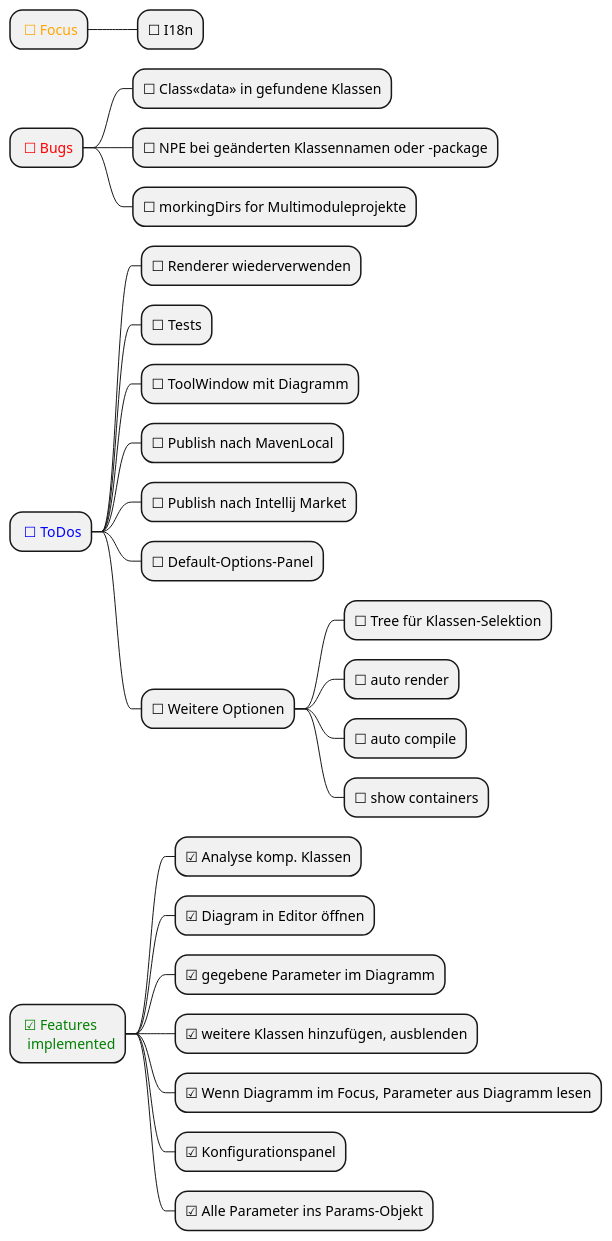
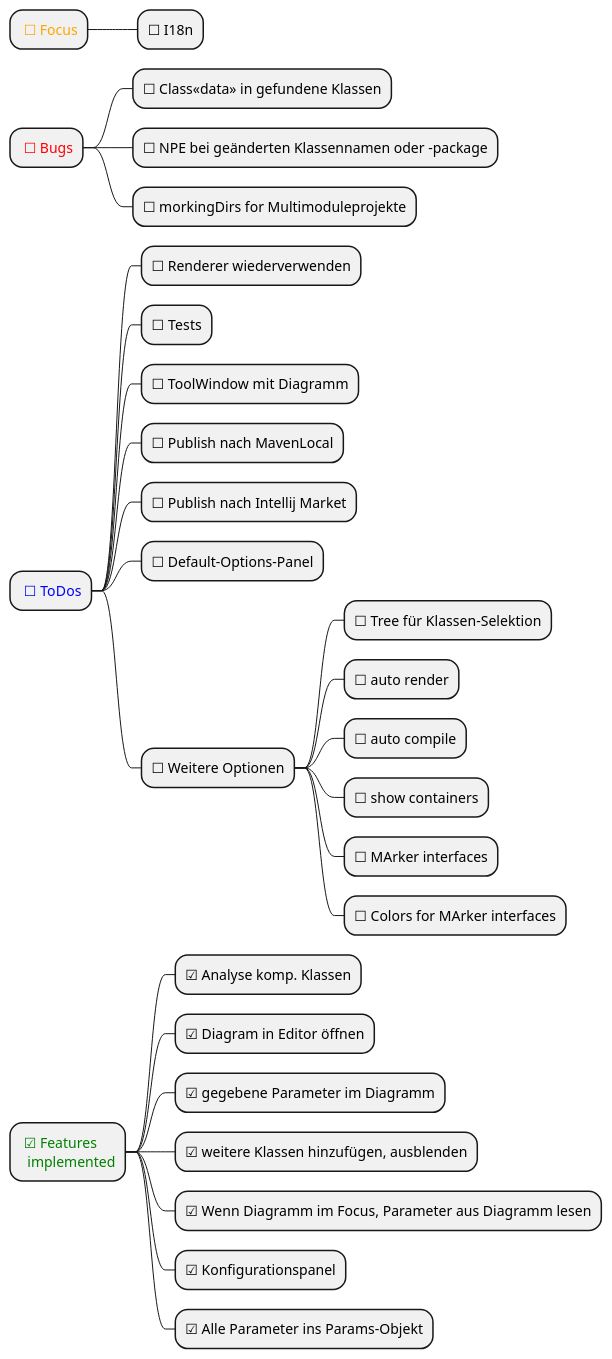
The diagram in docs/DevGuideRail.puml (MrDolch/plantarch-intellij-plugin), drawn with PlantUML before and after one commit.

```diff
--- a/docs/DevGuideRail.puml
+++ b/docs/DevGuideRail.puml
@@ -1,35 +1,37 @@
 @startmindmap
 skinparam monochrome false
 
 * <color:orange> ☐ Focus
 ** ☐ I18n
 
 * <color:red> ☐ Bugs
 ** ☐ Class<<data>> in gefundene Klassen
 ** ☐ NPE bei geänderten Klassennamen oder -package
 ** ☐ morkingDirs for Multimoduleprojekte
 
 * <color:blue> ☐ ToDos
 ** ☐ Renderer wiederverwenden
 ** ☐ Tests
 ** ☐ ToolWindow mit Diagramm
 ** ☐ Publish nach MavenLocal
 ** ☐ Publish nach Intellij Market
 ** ☐ Default-Options-Panel
 ** ☐ Weitere Optionen
 *** ☐ Tree für Klassen-Selektion
 *** ☐ auto render
 *** ☐ auto compile
 *** ☐ show containers
+*** ☐ MArker interfaces
+*** ☐ Colors for MArker interfaces
 
 
 * <color:green> ☑ Features\n <color:green> implemented
 ** ☑ Analyse komp. Klassen
 ** ☑ Diagram in Editor öffnen
 ** ☑ gegebene Parameter im Diagramm
 ** ☑ weitere Klassen hinzufügen, ausblenden
 ** ☑ Wenn Diagramm im Focus, Parameter aus Diagramm lesen
 ** ☑ Konfigurationspanel
 ** ☑ Alle Parameter ins Params-Objekt
 
 @endmindmap
```
